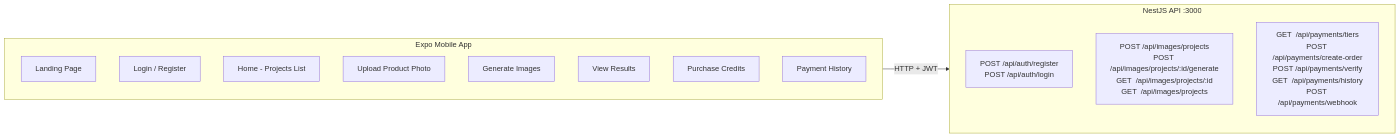
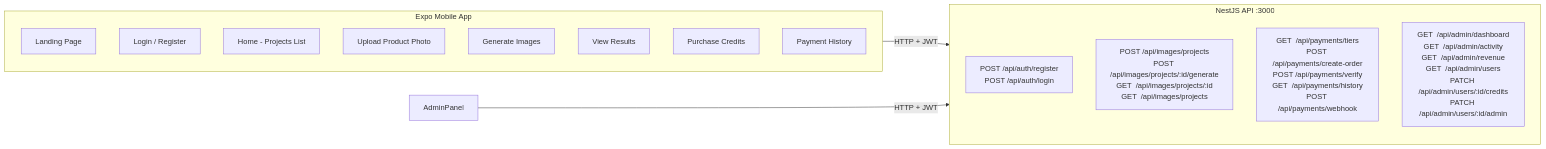
The second of 12 diagrams in docs/ARCHITECTURE.md (learnwithsatyam/listic), drawn with Mermaid before and after one commit. The commit also changed other lines of this file, not shown here.

First line of the commit message:
docs: update architecture with admin panel, infrastructure, and recent changes

````diff
--- a/docs/ARCHITECTURE.md
+++ b/docs/ARCHITECTURE.md
@@ -84,23 +96,25 @@
 ```mermaid
 flowchart LR
     subgraph Mobile["Expo Mobile App"]
         direction TB
         Landing["Landing Page"]
         AuthPages["Login / Register"]
         Home["Home - Projects List"]
         Upload["Upload Product Photo"]
         Generate["Generate Images"]
         Results["View Results"]
         Purchase["Purchase Credits"]
         History["Payment History"]
     end
 
     subgraph API["NestJS API :3000"]
         direction TB
         AuthCtrl["POST /api/auth/register\nPOST /api/auth/login"]
         ImagesCtrl["POST /api/images/projects\nPOST /api/images/projects/:id/generate\nGET  /api/images/projects/:id\nGET  /api/images/projects"]
         PayCtrl["GET  /api/payments/tiers\nPOST /api/payments/create-order\nPOST /api/payments/verify\nGET  /api/payments/history\nPOST /api/payments/webhook"]
+        AdminCtrl["GET  /api/admin/dashboard\nGET  /api/admin/activity\nGET  /api/admin/revenue\nGET  /api/admin/users\nPATCH /api/admin/users/:id/credits\nPATCH /api/admin/users/:id/admin"]
     end
 
     Mobile -->|HTTP + JWT| API
+    AdminPanel -->|HTTP + JWT| API
 ```
````
